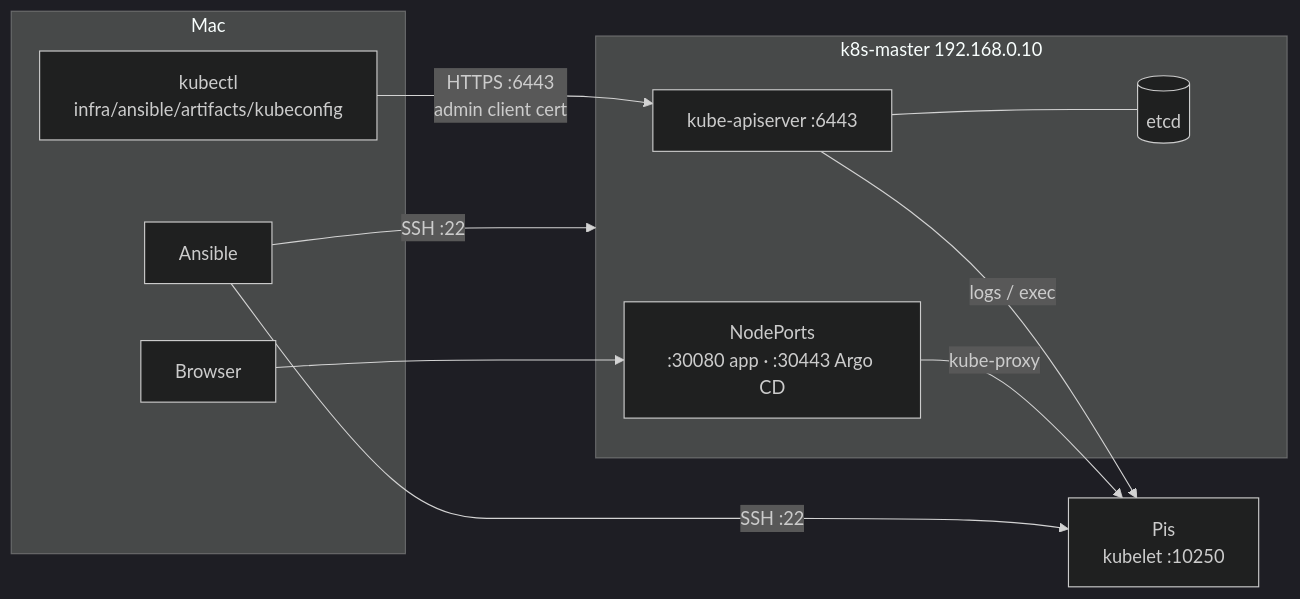
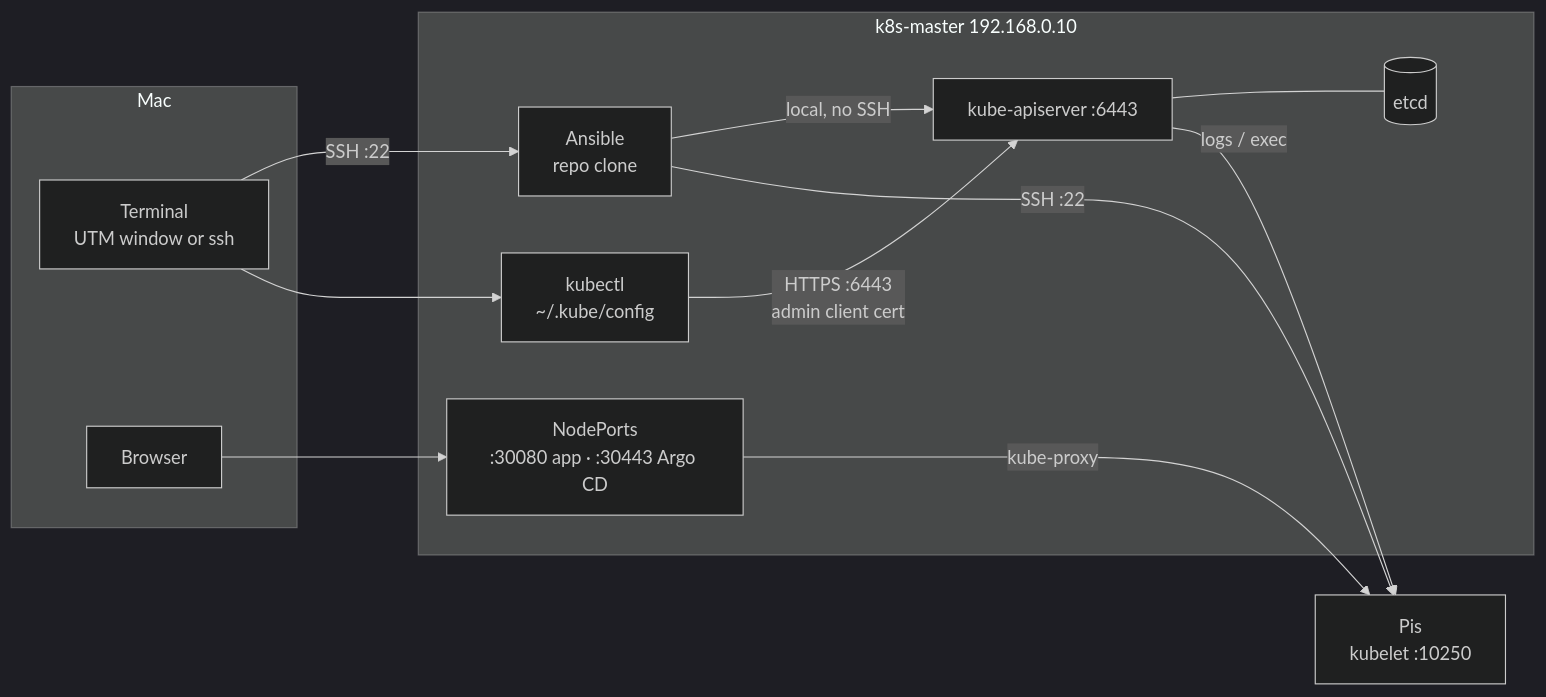
The eighth of 9 diagrams in docs/infrastructure.md (BallBoii/khunlook), drawn with Mermaid (dark theme) before and after one commit. The commit also changed other lines of this file and 10 other files, not shown here.

````diff
--- a/docs/infrastructure.md
+++ b/docs/infrastructure.md
@@ -236,22 +236,25 @@
 ```mermaid
 flowchart LR
     subgraph MAC["Mac"]
-        ANS["Ansible"]
-        KC["kubectl<br/>infra/ansible/artifacts/kubeconfig"]
+        TERM["Terminal<br/>UTM window or ssh"]
         BR["Browser"]
     end
     subgraph VM["k8s-master 192.168.0.10"]
+        ANS["Ansible<br/>repo clone"]
+        KC["kubectl<br/>~/.kube/config"]
         API["kube-apiserver :6443"]
         ETCD[("etcd")]
         NP["NodePorts<br/>:30080 app · :30443 Argo CD"]
     end
     PIS["Pis<br/>kubelet :10250"]
 
-    ANS -->|"SSH :22"| VM
+    TERM -->|"SSH :22"| ANS
+    TERM --> KC
+    ANS -->|"local, no SSH"| API
     ANS -->|"SSH :22"| PIS
     KC -->|"HTTPS :6443<br/>admin client cert"| API
     API --- ETCD
     API -->|"logs / exec"| PIS
     BR --> NP
     NP -->|kube-proxy| PIS
 ```
````
